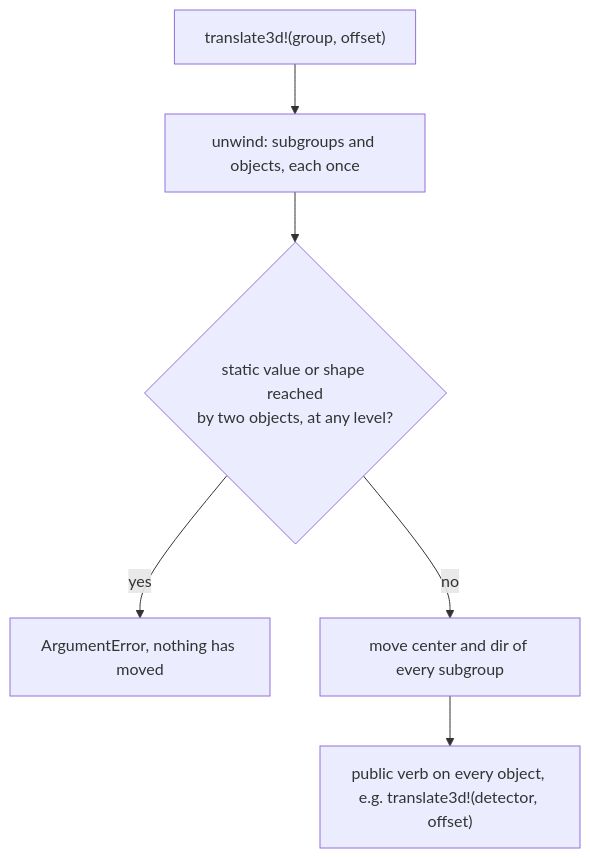
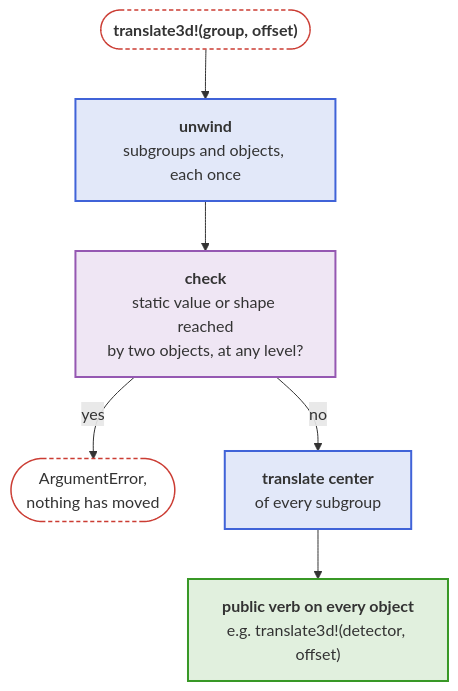
One commit to JuliaPhysics/BeamletOptics.jl changed the second of 2 diagrams in docs/src/api/kinematics_api.md. Above: the diagram before and after it, drawn with Mermaid. The commit also changed other lines of this file and 94 other files, not shown here.

````diff
--- a/docs/src/api/kinematics_api.md
+++ b/docs/src/api/kinematics_api.md
@@ -66,8 +72,23 @@
 ```mermaid
 flowchart TB
-    CMD["translate3d!(group, offset)"] --> UW["unwind: subgroups and objects, each once"]
-    UW --> CK{"static value or shape reached<br/>by two objects, at any level?"}
-    CK -- yes --> ERR["ArgumentError, nothing has moved"]
-    CK -- no --> FR["move center and dir of every subgroup"]
-    FR --> OB["public verb on every object, e.g. translate3d!(detector, offset)"]
+    CMD(["<b>translate3d!(group, offset)</b>"])
+    UW["<b>unwind</b><br/>subgroups and objects, each once"]
+    CK["<b>check</b><br/>static value or shape reached<br/>by two objects, at any level?"]
+    ERR(["ArgumentError,<br/>nothing has moved"])
+    FR["<b>translate center</b><br/>of every subgroup"]
+    OB["<b>public verb on every object</b><br/>e.g. translate3d!(detector, offset)"]
+
+    CMD --> UW --> CK
+    CK -- yes --> ERR
+    CK -- no --> FR
+    FR --> OB
+
+    classDef blue fill:#4063D826,stroke:#4063D8,stroke-width:2px
+    classDef green fill:#38982626,stroke:#389826,stroke-width:2px
+    classDef purple fill:#9558B226,stroke:#9558B2,stroke-width:2px
+    classDef terminal fill:transparent,stroke:#CB3C33,stroke-width:1.5px,stroke-dasharray:4 3
+    class UW,FR blue
+    class CK purple
+    class OB green
+    class CMD,ERR terminal
 ```
````
